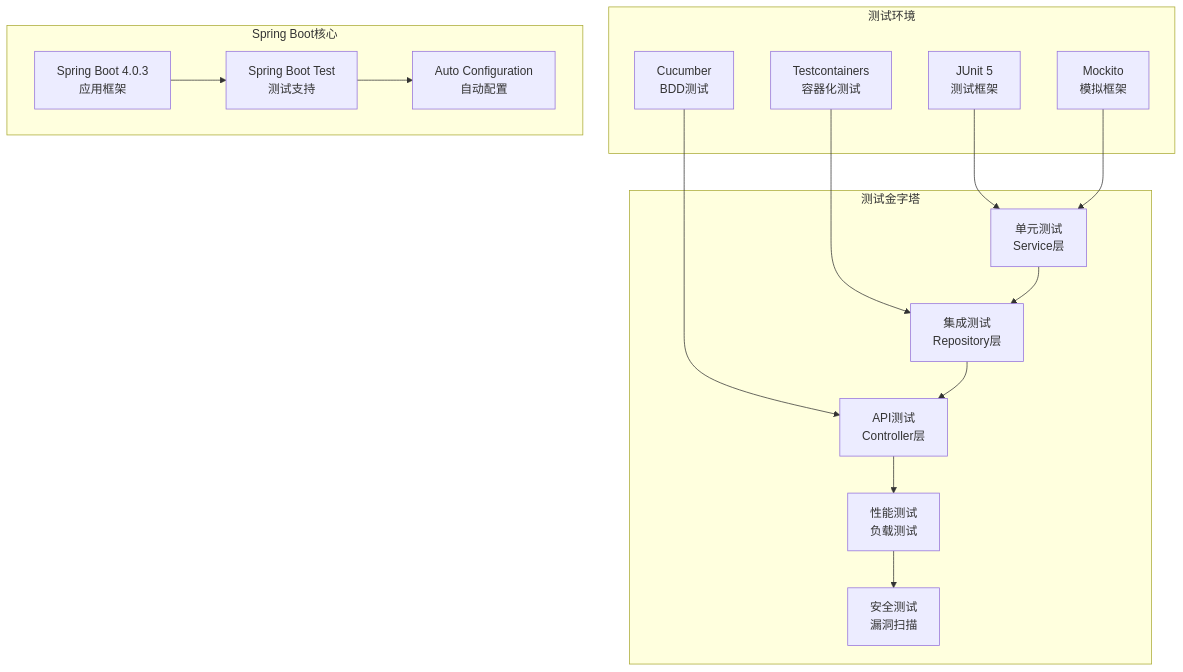
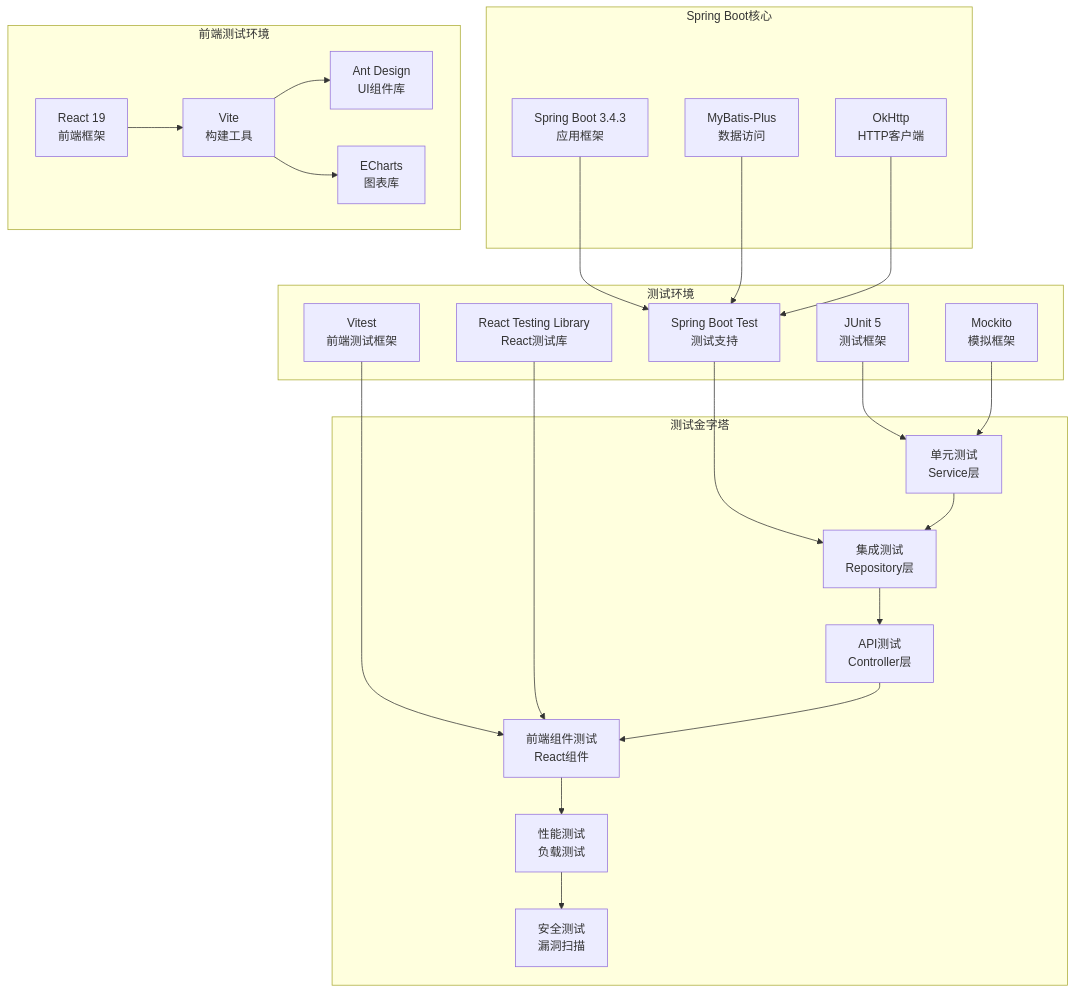
The fourth of 18 diagrams in .qoder/repowiki/zh/content/核心功能开发/测试策略.md (gree-coder/fund-butler), drawn with Mermaid before and after one commit. The commit also changed other lines of this file and 10 other files, not shown here.

````diff
--- a/.qoder/repowiki/zh/content/核心功能开发/测试策略.md
+++ b/.qoder/repowiki/zh/content/核心功能开发/测试策略.md
@@ -136,31 +170,45 @@
 ```mermaid
 graph TB
 subgraph "测试环境"
 JUNIT[JUnit 5<br/>测试框架]
 MOCKITO[Mockito<br/>模拟框架]
-TESTCONTAINERS[Testcontainers<br/>容器化测试]
-CUCUMBER[Cucumber<br/>BDD测试]
+SPRING_TEST[Spring Boot Test<br/>测试支持]
+VITEST[Vitest<br/>前端测试框架]
+RTL[React Testing Library<br/>React测试库]
 end
 subgraph "Spring Boot核心"
-SPRING_BOOT[Spring Boot 4.0.3<br/>应用框架]
-SPRING_TEST[Spring Boot Test<br/>测试支持]
-AUTOCONFIG[Auto Configuration<br/>自动配置]
+SPRING_BOOT[Spring Boot 3.4.3<br/>应用框架]
+MYBATIS_PLUS[MyBatis-Plus<br/>数据访问]
+OKHTTP[OkHttp<br/>HTTP客户端]
+end
+subgraph "前端测试环境"
+REACT[React 19<br/>前端框架]
+VITE[Vite<br/>构建工具]
+ANTD[Ant Design<br/>UI组件库]
+ECHARTS[ECharts<br/>图表库]
 end
 subgraph "测试金字塔"
 UNIT[单元测试<br/>Service层]
 INTEGRATION[集成测试<br/>Repository层]
 API[API测试<br/>Controller层]
+FRONTEND[前端组件测试<br/>React组件]
 PERFORMANCE[性能测试<br/>负载测试]
 SECURITY[安全测试<br/>漏洞扫描]
 end
 JUNIT --> UNIT
 MOCKITO --> UNIT
-TESTCONTAINERS --> INTEGRATION
-CUCUMBER --> API
+SPRING_TEST --> INTEGRATION
+VITEST --> FRONTEND
+RTL --> FRONTEND
 SPRING_BOOT --> SPRING_TEST
-SPRING_TEST --> AUTOCONFIG
+MYBATIS_PLUS --> SPRING_TEST
+OKHTTP --> SPRING_TEST
+REACT --> VITE
+VITE --> ANTD
+VITE --> ECHARTS
 UNIT --> INTEGRATION
 INTEGRATION --> API
-API --> PERFORMANCE
+API --> FRONTEND
+FRONTEND --> PERFORMANCE
 PERFORMANCE --> SECURITY
 ```
````
